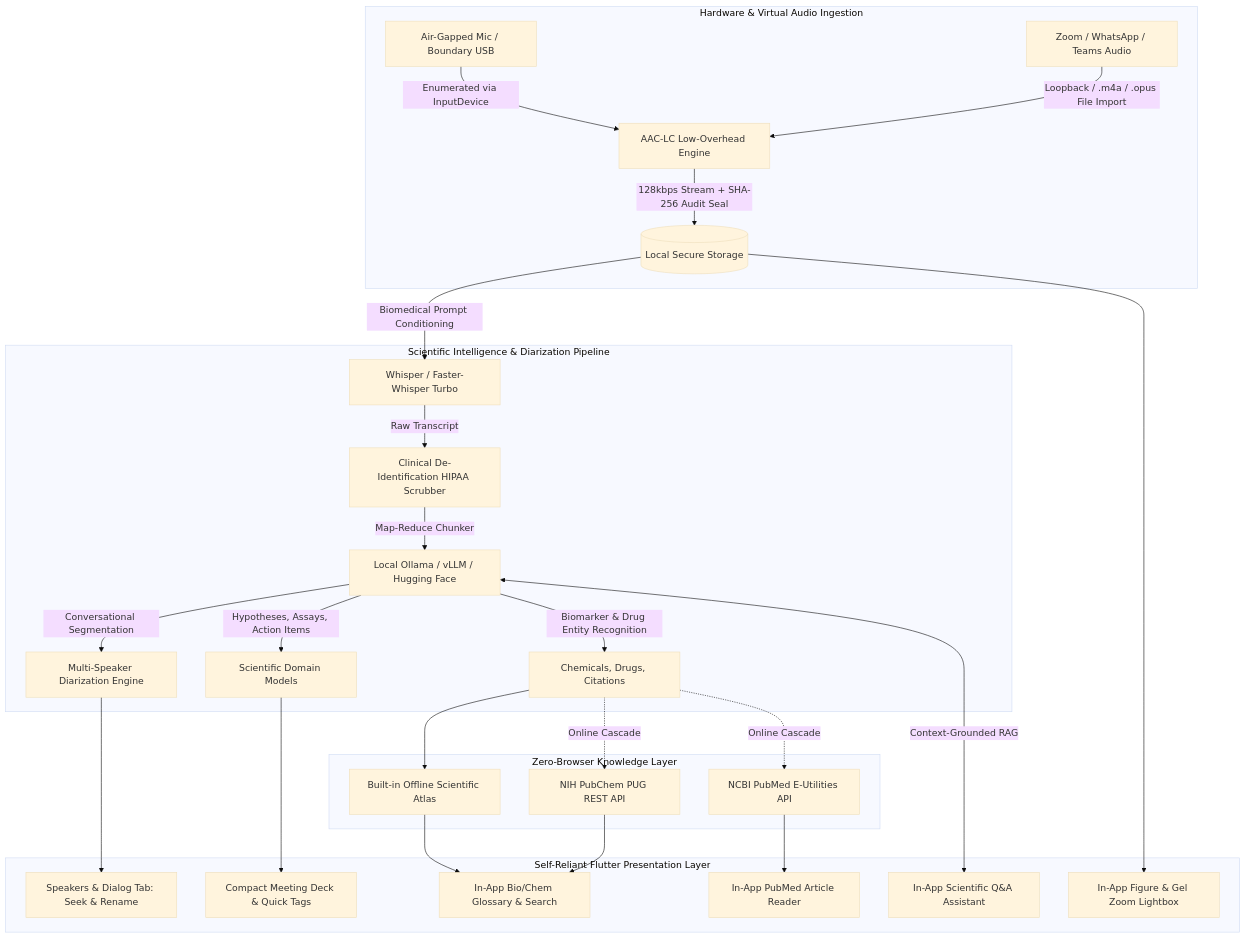
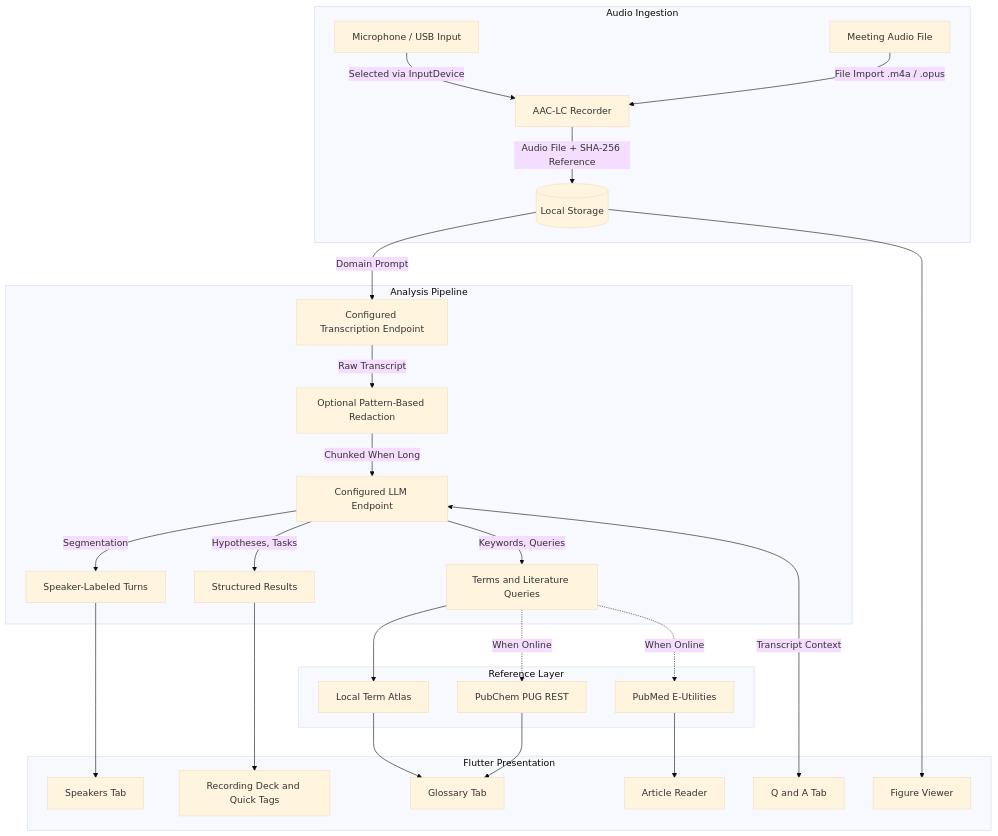
One commit to Nurulamin6191/LabScribe-AI changed the diagram in README.md. Above: the diagram before and after it, drawn with Mermaid (base theme). The commit also changed other lines of this file and 12 other files, not shown here.

````diff
--- a/README.md
+++ b/README.md
@@ -86,32 +77,32 @@
 ```mermaid
 flowchart TD
-    subgraph AudioHardware [Hardware & Virtual Audio Ingestion]
-        MIC[Air-Gapped Mic / Boundary USB] -->|Enumerated via InputDevice| REC[AAC-LC Low-Overhead Engine]
-        VIRT[Zoom / WhatsApp / Teams Audio] -->|Loopback / .m4a / .opus File Import| REC
-        REC -->|128kbps Stream + SHA-256 Audit Seal| DISK[(Local Secure Storage)]
+    subgraph AudioHardware [Audio Ingestion]
+        MIC[Microphone / USB Input] -->|Selected via InputDevice| REC[AAC-LC Recorder]
+        VIRT[Meeting Audio File] -->|File Import .m4a / .opus| REC
+        REC -->|Audio File + SHA-256 Reference| DISK[(Local Storage)]
     end
 
-    subgraph AIPipeline [Scientific Intelligence & Diarization Pipeline]
-        DISK -->|Biomedical Prompt Conditioning| STT[Whisper / Faster-Whisper Turbo]
-        STT -->|Raw Transcript| SCRUB[Clinical De-Identification HIPAA Scrubber]
-        SCRUB -->|Map-Reduce Chunker| LLM[Local Ollama / vLLM / Hugging Face]
-        LLM -->|Conversational Segmentation| DIAR[Multi-Speaker Diarization Engine]
-        LLM -->|Hypotheses, Assays, Action Items| STRUCT[Scientific Domain Models]
-        LLM -->|Biomarker & Drug Entity Recognition| TERMS[Chemicals, Drugs, Citations]
+    subgraph AIPipeline [Analysis Pipeline]
+        DISK -->|Domain Prompt| STT[Configured Transcription Endpoint]
+        STT -->|Raw Transcript| SCRUB[Optional Pattern-Based Redaction]
+        SCRUB -->|Chunked When Long| LLM[Configured LLM Endpoint]
+        LLM -->|Segmentation| DIAR[Speaker-Labeled Turns]
+        LLM -->|Hypotheses, Tasks| STRUCT[Structured Results]
+        LLM -->|Keywords, Queries| TERMS[Terms and Literature Queries]
     end
 
-    subgraph KnowledgeLayer [Zero-Browser Knowledge Layer]
-        TERMS --> ATLAS[Built-in Offline Scientific Atlas]
-        TERMS -.->|Online Cascade| PUBCHEM[NIH PubChem PUG REST API]
-        TERMS -.->|Online Cascade| PUBMED[NCBI PubMed E-Utilities API]
+    subgraph KnowledgeLayer [Reference Layer]
+        TERMS --> ATLAS[Local Term Atlas]
+        TERMS -.->|When Online| PUBCHEM[PubChem PUG REST]
+        TERMS -.->|When Online| PUBMED[PubMed E-Utilities]
     end
 
-    subgraph NativeUI [Self-Reliant Flutter Presentation Layer]
-        STRUCT --> DECK[Compact Meeting Deck & Quick Tags]
-        DIAR --> SPEAKERS[Speakers & Dialog Tab: Seek & Rename]
-        ATLAS & PUBCHEM --> GLOSS[In-App Bio/Chem Glossary & Search]
-        PUBMED --> READER[In-App PubMed Article Reader]
-        DISK --> LIGHTBOX[In-App Figure & Gel Zoom Lightbox]
-        LLM <-->|Context-Grounded RAG| CHAT[In-App Scientific Q&A Assistant]
+    subgraph NativeUI [Flutter Presentation]
+        STRUCT --> DECK[Recording Deck and Quick Tags]
+        DIAR --> SPEAKERS[Speakers Tab]
+        ATLAS & PUBCHEM --> GLOSS[Glossary Tab]
+        PUBMED --> READER[Article Reader]
+        DISK --> LIGHTBOX[Figure Viewer]
+        LLM <-->|Transcript Context| CHAT[Q and A Tab]
     end
 ```
````
